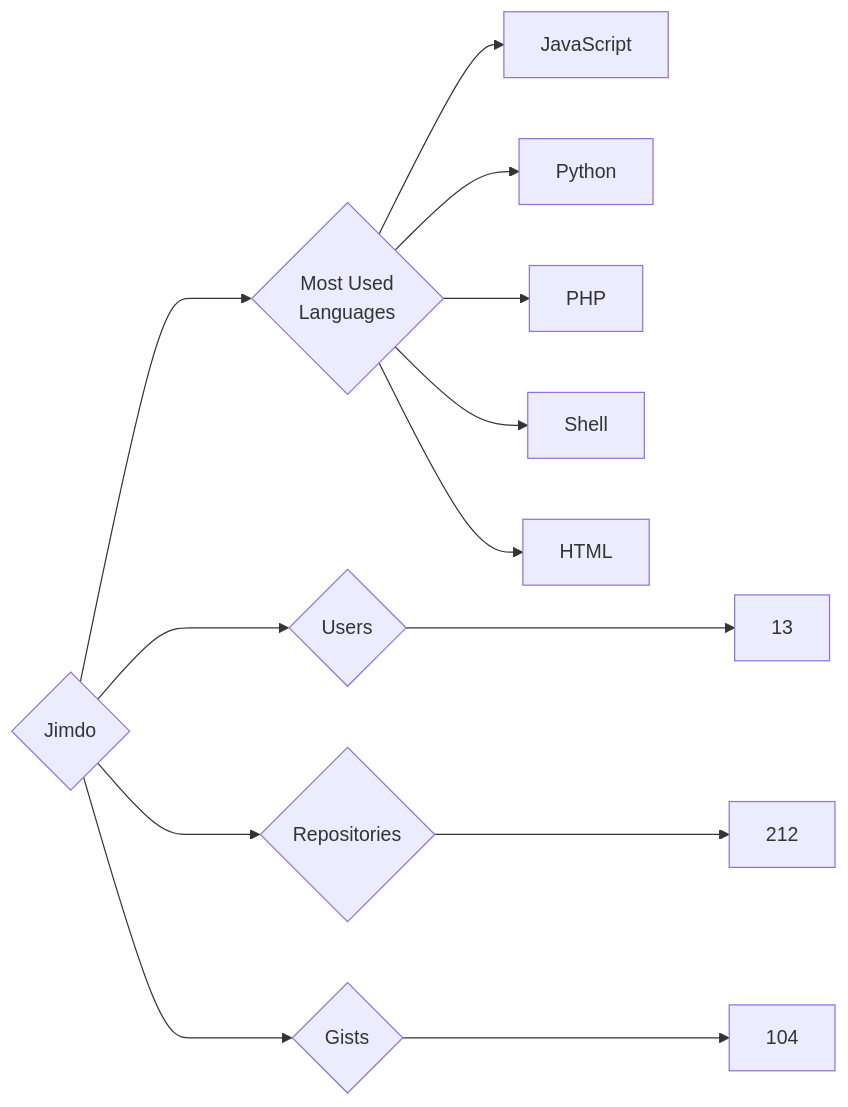
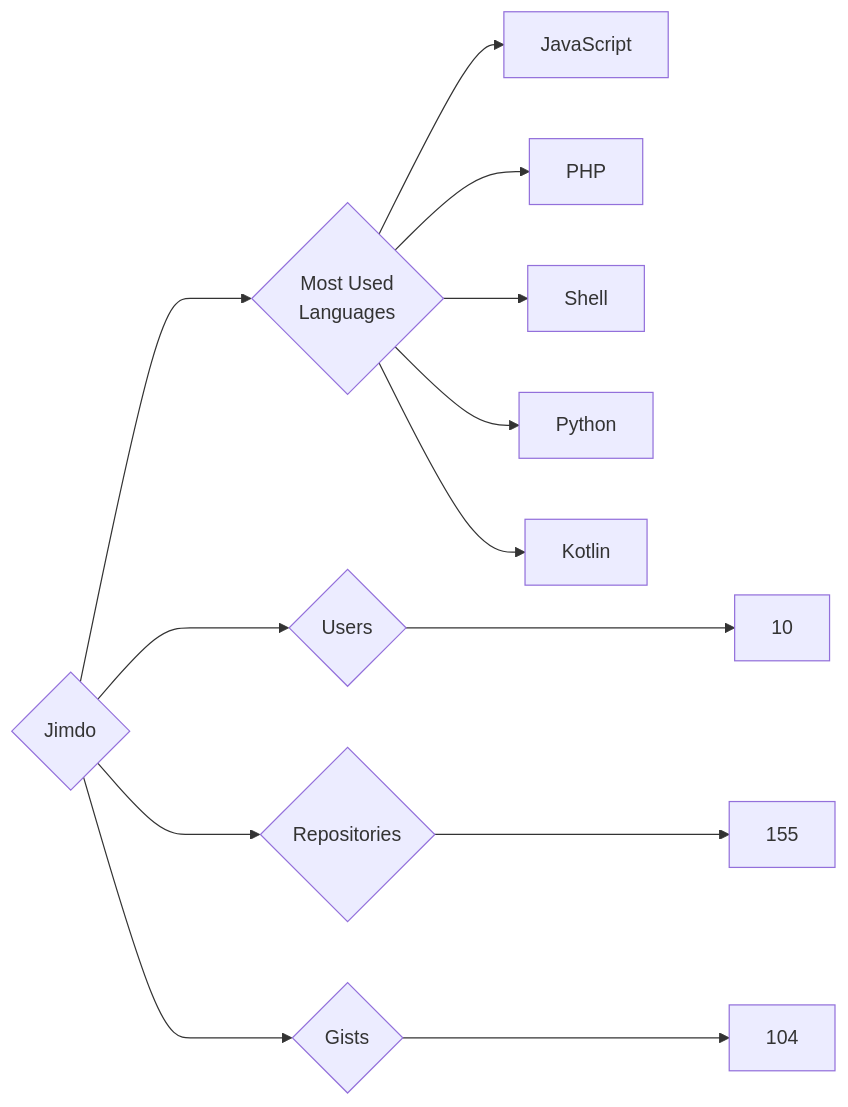
One commit to trickest/insiders changed the diagram in targets/Jimdo/README.md. Above: the diagram before and after it, drawn with Mermaid. The commit also changed 679 other files, not shown here.

````diff
--- a/targets/Jimdo/README.md
+++ b/targets/Jimdo/README.md
@@ -3,13 +3,13 @@
 ```mermaid
 graph LR
 COMPANY_NAME{Jimdo}
-COMPANY_NAME ---> U{Users} ---> UN[13]
-COMPANY_NAME ---> R{Repositories} ---> RN[212]
+COMPANY_NAME ---> U{Users} ---> UN[10]
+COMPANY_NAME ---> R{Repositories} ---> RN[155]
 COMPANY_NAME ---> G{Gists} ---> GN[104]
 COMPANY_NAME ---> ML{Most Used<br>Languages}
 ML --> JavaScript[JavaScript]
-ML --> Python[Python]
 ML --> PHP[PHP]
 ML --> Shell[Shell]
-ML --> HTML[HTML]
+ML --> Python[Python]
+ML --> Kotlin[Kotlin]
 ```
````
